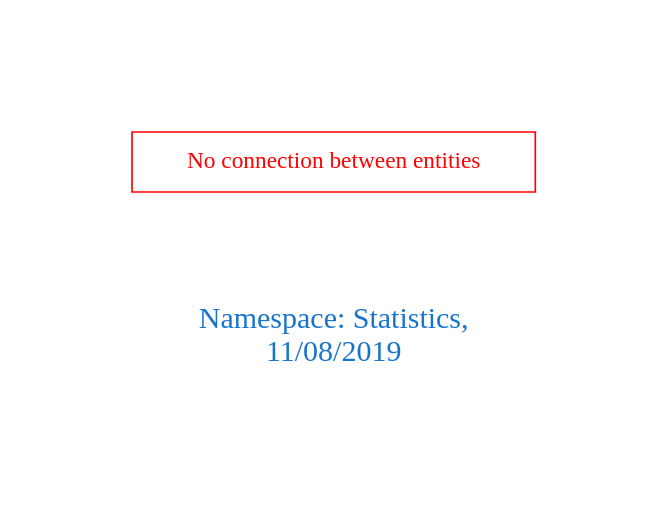
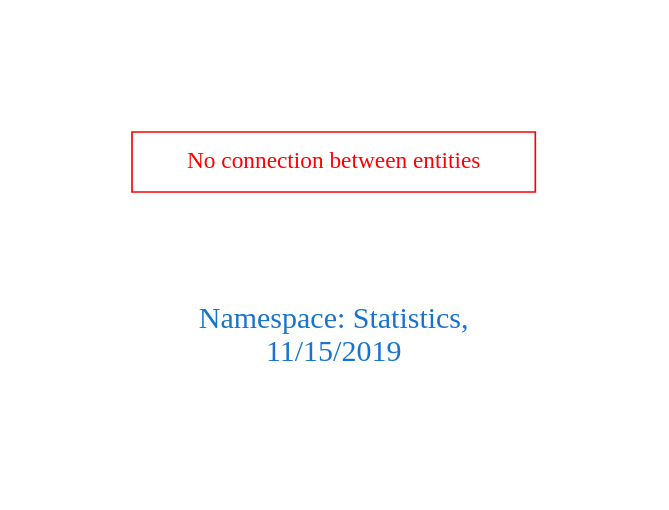
Before and after one commit to arago/OGIT: the diagram in downloads/Statistics.dot, drawn with Graphviz. The commit also changed 1600 other files, not shown here.

```diff
--- a/downloads/Statistics.dot
+++ b/downloads/Statistics.dot
@@ -1,9 +1,9 @@
 digraph OGIT_ontology {
  graph [ rankdir= LR,pad=1 
 fontsize = 18,
-fontcolor= dodgerblue3,label = "\n\n\nNamespace: Statistics, \n 11/08/2019"];
+fontcolor= dodgerblue3,label = "\n\n\nNamespace: Statistics, \n 11/15/2019"];
 node[shape=polygon];
 edge [  color="gray81"];
 
 "No connection between entities" [fontcolor = "red",color="red", shape="polygon"]
 }
```
